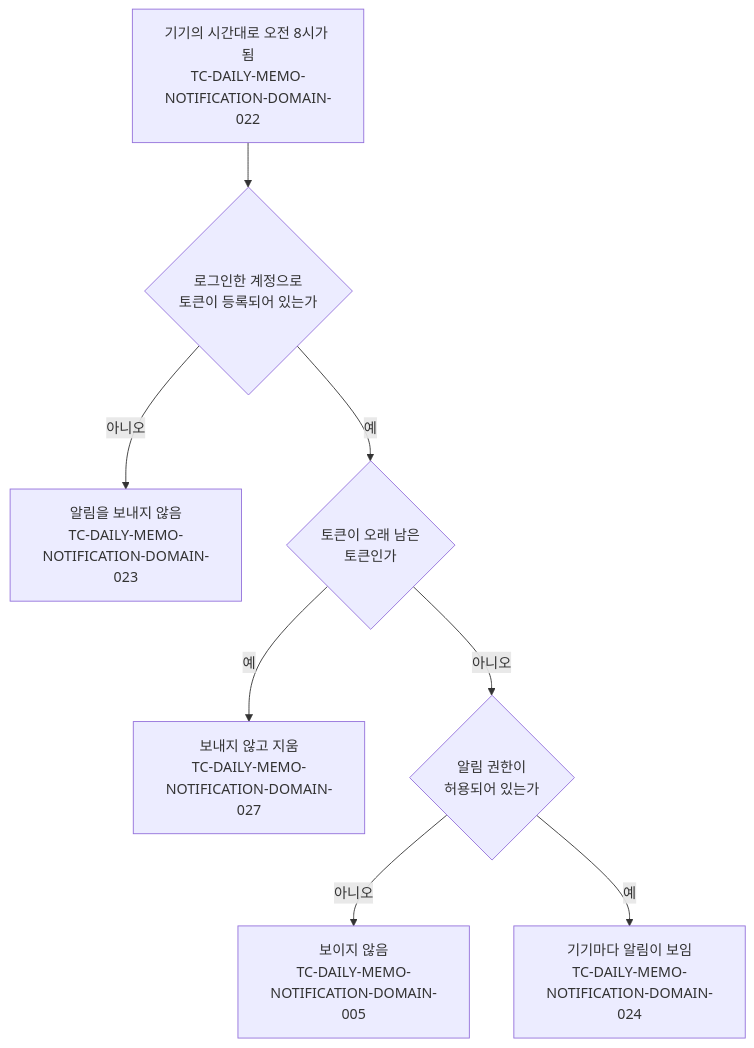
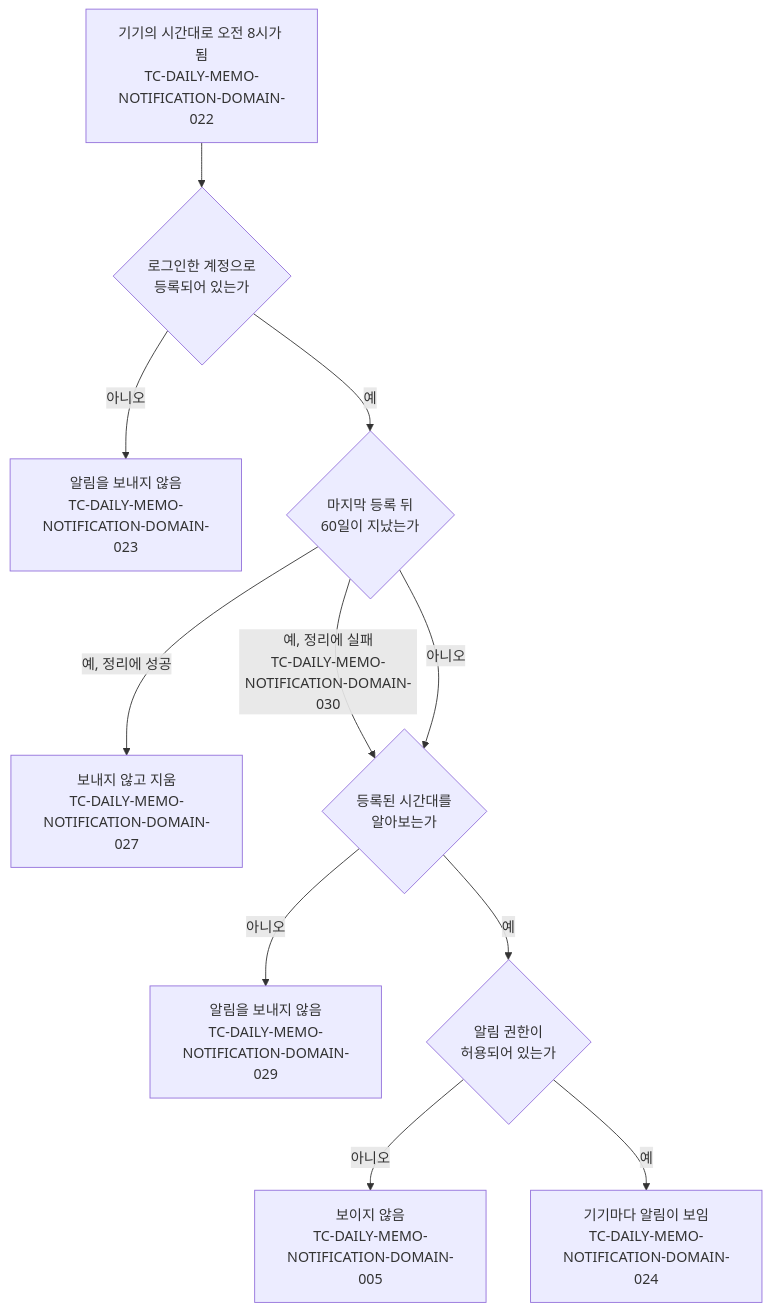
Before and after one commit to taetae98coding/DiaryKMP: the second of 2 diagrams in docs/testcase/daily-memo-notification.md, drawn with Mermaid. The commit also changed other lines of this file and 492 other files, not shown here.

````diff
--- a/docs/testcase/daily-memo-notification.md
+++ b/docs/testcase/daily-memo-notification.md
@@ -79,10 +118,13 @@
 ```mermaid
 flowchart TD
-    Start["기기의 시간대로 오전 8시가 됨<br/>TC-DAILY-MEMO-NOTIFICATION-DOMAIN-022"] --> Token{"로그인한 계정으로<br/>토큰이 등록되어 있는가"}
-    Token -- 아니오 --> Skip["알림을 보내지 않음<br/>TC-DAILY-MEMO-NOTIFICATION-DOMAIN-023"]
-    Token -- 예 --> Stale{"토큰이 오래 남은<br/>토큰인가"}
-    Stale -- 예 --> Purge["보내지 않고 지움<br/>TC-DAILY-MEMO-NOTIFICATION-DOMAIN-027"]
-    Stale -- 아니오 --> Permission{"알림 권한이<br/>허용되어 있는가"}
+    Start["기기의 시간대로 오전 8시가 됨<br/>TC-DAILY-MEMO-NOTIFICATION-DOMAIN-022"] --> Registered{"로그인한 계정으로<br/>등록되어 있는가"}
+    Registered -- 아니오 --> Skip["알림을 보내지 않음<br/>TC-DAILY-MEMO-NOTIFICATION-DOMAIN-023"]
+    Registered -- 예 --> Stale{"마지막 등록 뒤<br/>60일이 지났는가"}
+    Stale -- "예, 정리에 성공" --> Purge["보내지 않고 지움<br/>TC-DAILY-MEMO-NOTIFICATION-DOMAIN-027"]
+    Stale -- "예, 정리에 실패<br/>TC-DAILY-MEMO-NOTIFICATION-DOMAIN-030" --> Zone
+    Stale -- 아니오 --> Zone{"등록된 시간대를<br/>알아보는가"}
+    Zone -- 아니오 --> ZoneSkip["알림을 보내지 않음<br/>TC-DAILY-MEMO-NOTIFICATION-DOMAIN-029"]
+    Zone -- 예 --> Permission{"알림 권한이<br/>허용되어 있는가"}
     Permission -- 아니오 --> Hidden["보이지 않음<br/>TC-DAILY-MEMO-NOTIFICATION-DOMAIN-005"]
     Permission -- 예 --> Notify["기기마다 알림이 보임<br/>TC-DAILY-MEMO-NOTIFICATION-DOMAIN-024"]
 ```
````
